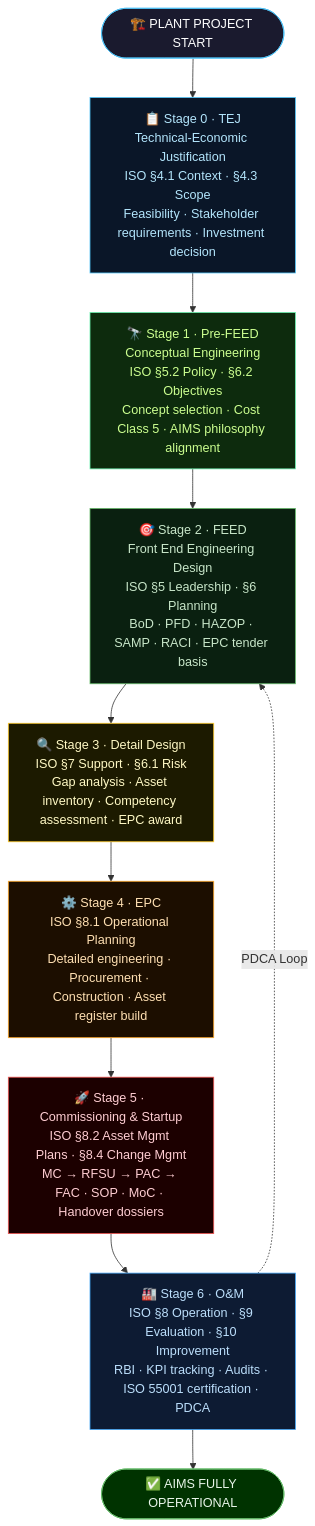
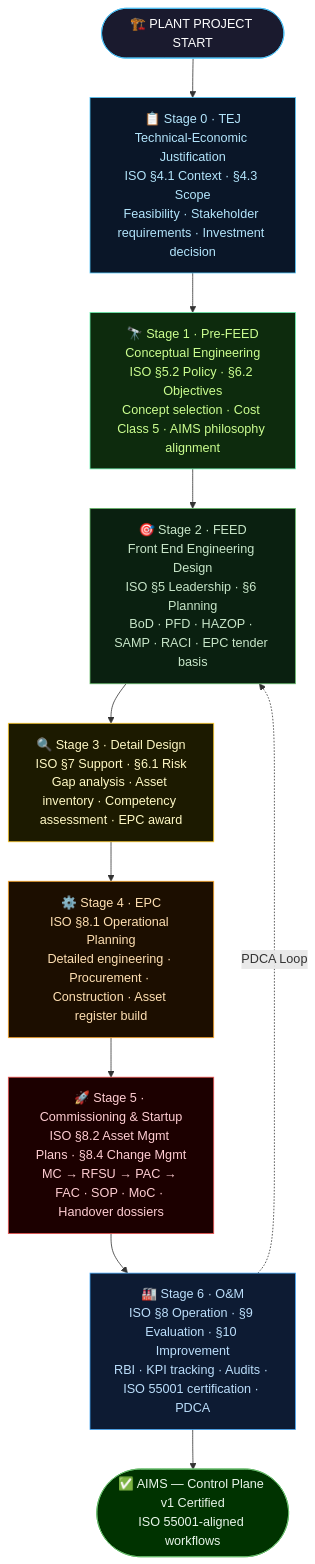
Before and after one commit to AxiOMSphereAssistanceAIMS/AxiOMSphere: the third of 12 diagrams in README.md, drawn with Mermaid. The commit also changed other lines of this file, not shown here.

````diff
--- a/README.md
+++ b/README.md
@@ -357,27 +394,27 @@
 ```mermaid
 flowchart TD
     START(["🏗️ PLANT PROJECT START"])
 
     S0["📋 Stage 0 · TEJ\nTechnical-Economic Justification\nISO §4.1 Context · §4.3 Scope\nFeasibility · Stakeholder requirements · Investment decision"]
     S1["🔭 Stage 1 · Pre-FEED\nConceptual Engineering\nISO §5.2 Policy · §6.2 Objectives\nConcept selection · Cost Class 5 · AIMS philosophy alignment"]
     S2["🎯 Stage 2 · FEED\nFront End Engineering Design\nISO §5 Leadership · §6 Planning\nBoD · PFD · HAZOP · SAMP · RACI · EPC tender basis"]
     S3["🔍 Stage 3 · Detail Design\nISO §7 Support · §6.1 Risk\nGap analysis · Asset inventory · Competency assessment · EPC award"]
     S4["⚙️ Stage 4 · EPC\nISO §8.1 Operational Planning\nDetailed engineering · Procurement · Construction · Asset register build"]
     S5["🚀 Stage 5 · Commissioning & Startup\nISO §8.2 Asset Mgmt Plans · §8.4 Change Mgmt\nMC → RFSU → PAC → FAC · SOP · MoC · Handover dossiers"]
     S6["🏭 Stage 6 · O&M\nISO §8 Operation · §9 Evaluation · §10 Improvement\nRBI · KPI tracking · Audits · ISO 55001 certification · PDCA"]
 
-    DONE(["✅ AIMS FULLY OPERATIONAL"])
+    DONE(["✅ AIMS — Control Plane v1 Certified\nISO 55001-aligned workflows"])
 
     START --> S0 --> S1 --> S2 --> S3 --> S4 --> S5 --> S6 --> DONE
     S6 -.->|"PDCA Loop"| S2
 
     style START fill:#1a1a2e,stroke:#4fc3f7,color:#fff
     style S0 fill:#0a1628,stroke:#4fc3f7,color:#b3e5fc
     style S1 fill:#0d2b0d,stroke:#69f0ae,color:#ccff90
     style S2 fill:#0a2010,stroke:#66bb6a,color:#c8e6c9
     style S3 fill:#1c1a00,stroke:#ffca28,color:#fff9c4
     style S4 fill:#1c0e00,stroke:#ffa726,color:#ffe0b2
     style S5 fill:#1c0000,stroke:#ef5350,color:#ffcdd2
     style S6 fill:#0d1b33,stroke:#42a5f5,color:#bbdefb
     style DONE fill:#003300,stroke:#66bb6a,color:#e8f5e9
 ```
````
